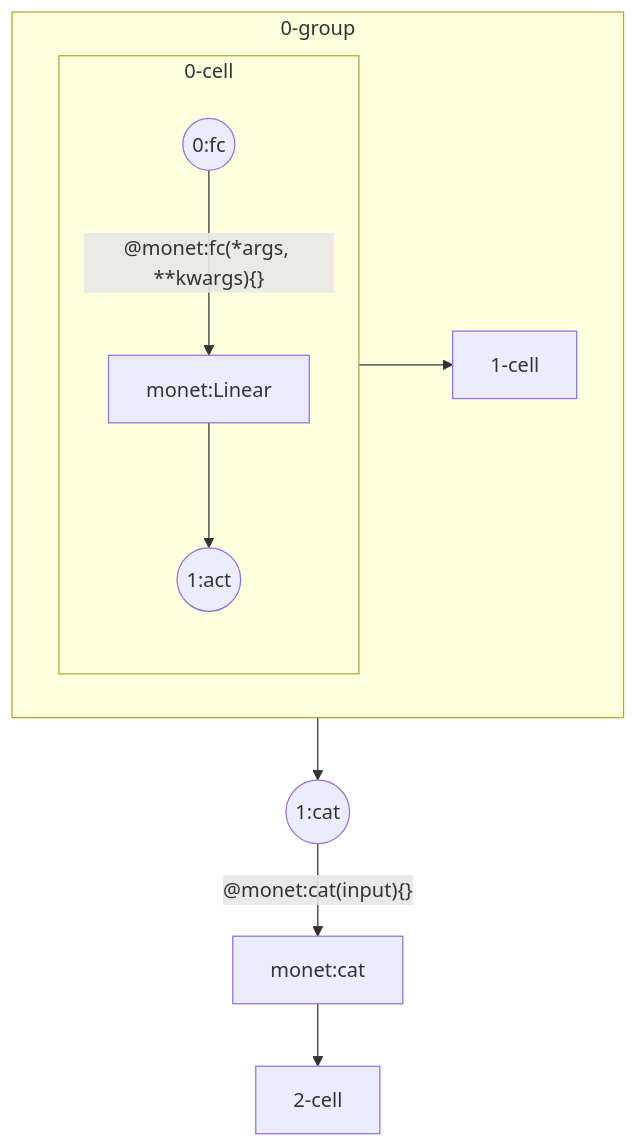
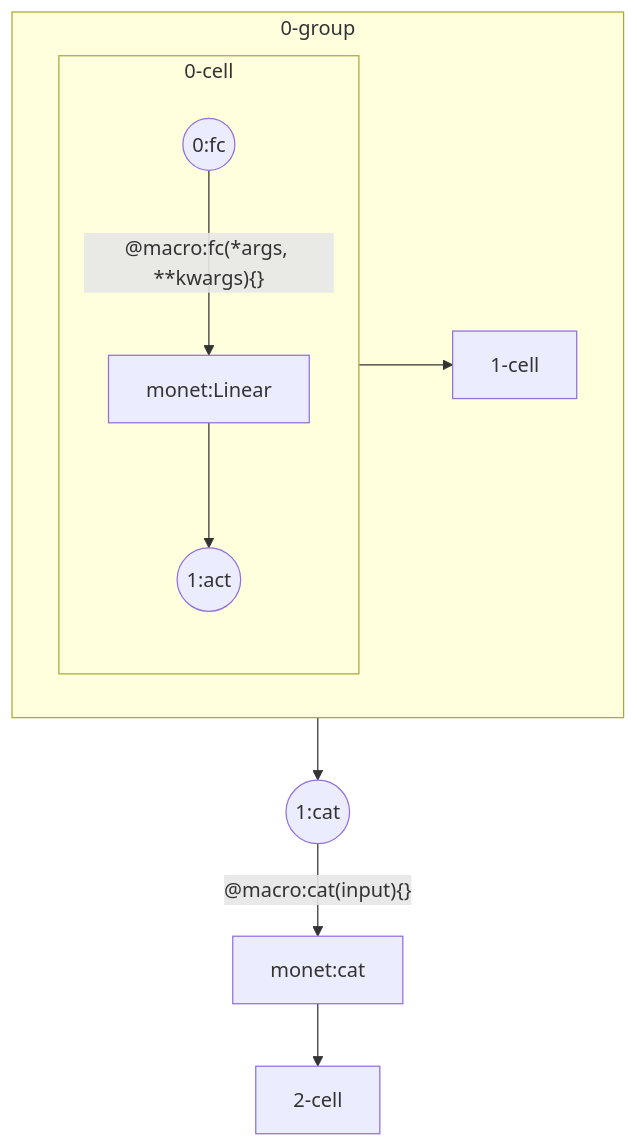
The diagram in m.md (sumowi/MacroNet), drawn with Mermaid before and after one commit. The commit also changed 36 other files, not shown here.

````diff
--- a/m.md
+++ b/m.md
@@ -1,15 +1,15 @@
 ```mermaid
 flowchart TB
 subgraph 2567378580384[0-group]
   subgraph 2567378579856[0-cell]
-    2567378949920((0:fc)) -- @monet:fc(*args, **kwargs){} --> 2567378945600[monet:Linear]
+    2567378949920((0:fc)) -- @macro:fc(*args, **kwargs){} --> 2567378945600[monet:Linear]
     --> 2567378950208((1:act))
   end
   2567378579856
   --> 2567378583264[1-cell]
 end
 2567378580384
 --> 2567378956208((1:cat))
-2567378956208((1:cat)) -- @monet:cat(input){} --> 2567378647312[monet:cat]
+2567378956208((1:cat)) -- @macro:cat(input){} --> 2567378647312[monet:cat]
 --> 2567378580000[2-cell]
 ```
````
